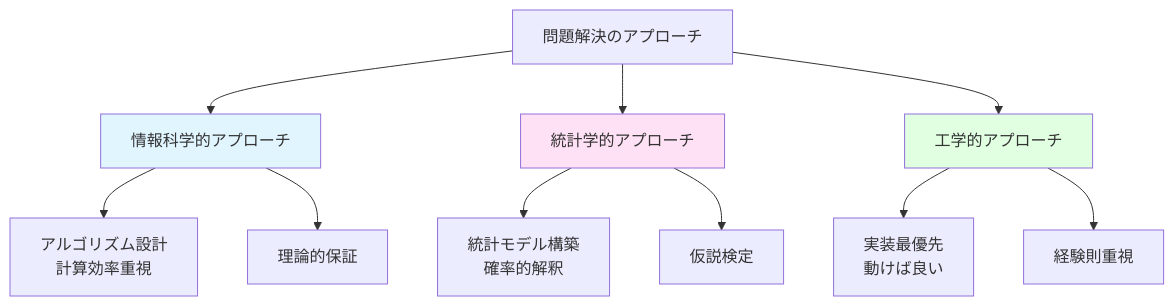
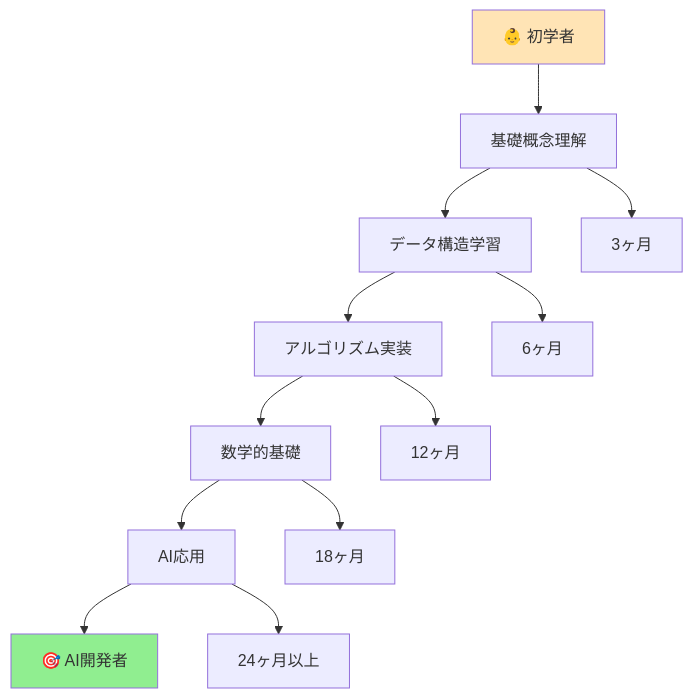
One commit to SparklingDetergent/doc_genai_mental_model changed diagram 20 of 20 in AI/BySpecialty/InformationScience/README.MD. Above: the diagram before and after it, drawn with Mermaid. The commit also changed other lines of this file, not shown here.

````diff
--- a/AI/BySpecialty/InformationScience/README.MD
+++ b/AI/BySpecialty/InformationScience/README.MD
@@ -612,19 +533,18 @@
 ```mermaid
 graph TD
-    A[問題解決のアプローチ] --> B[情報科学的アプローチ]
-    A --> C[統計学的アプローチ]
-    A --> D[工学的アプローチ]
+    START[👶 初学者] --> STEP1[基礎概念理解]
+    STEP1 --> STEP2[データ構造学習]
+    STEP2 --> STEP3[アルゴリズム実装]
+    STEP3 --> STEP4[数学的基礎]
+    STEP4 --> STEP5[AI応用]
+    STEP5 --> GOAL[🎯 AI開発者]
     
-    B --> B1[アルゴリズム設計<br/>計算効率重視]
-    B --> B2[理論的保証]
+    STEP1 --> T1[3ヶ月]
+    STEP2 --> T2[6ヶ月]
+    STEP3 --> T3[12ヶ月]
+    STEP4 --> T4[18ヶ月]
+    STEP5 --> T5[24ヶ月以上]
     
-    C --> C1[統計モデル構築<br/>確率的解釈]
-    C --> C2[仮説検定]
-    
-    D --> D1[実装最優先<br/>動けば良い]
-    D --> D2[経験則重視]
-    
-    style B fill:#e1f5ff
-    style C fill:#ffe1f5
-    style D fill:#e1ffe1
+    style START fill:#FFE4B5
+    style GOAL fill:#90EE90
 ```
````
